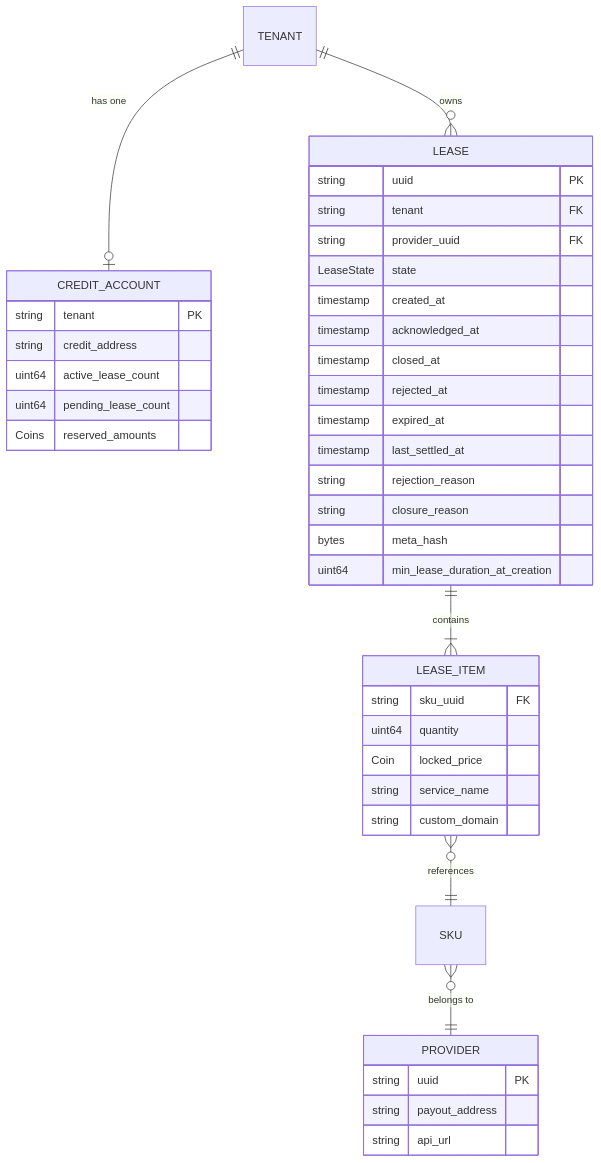
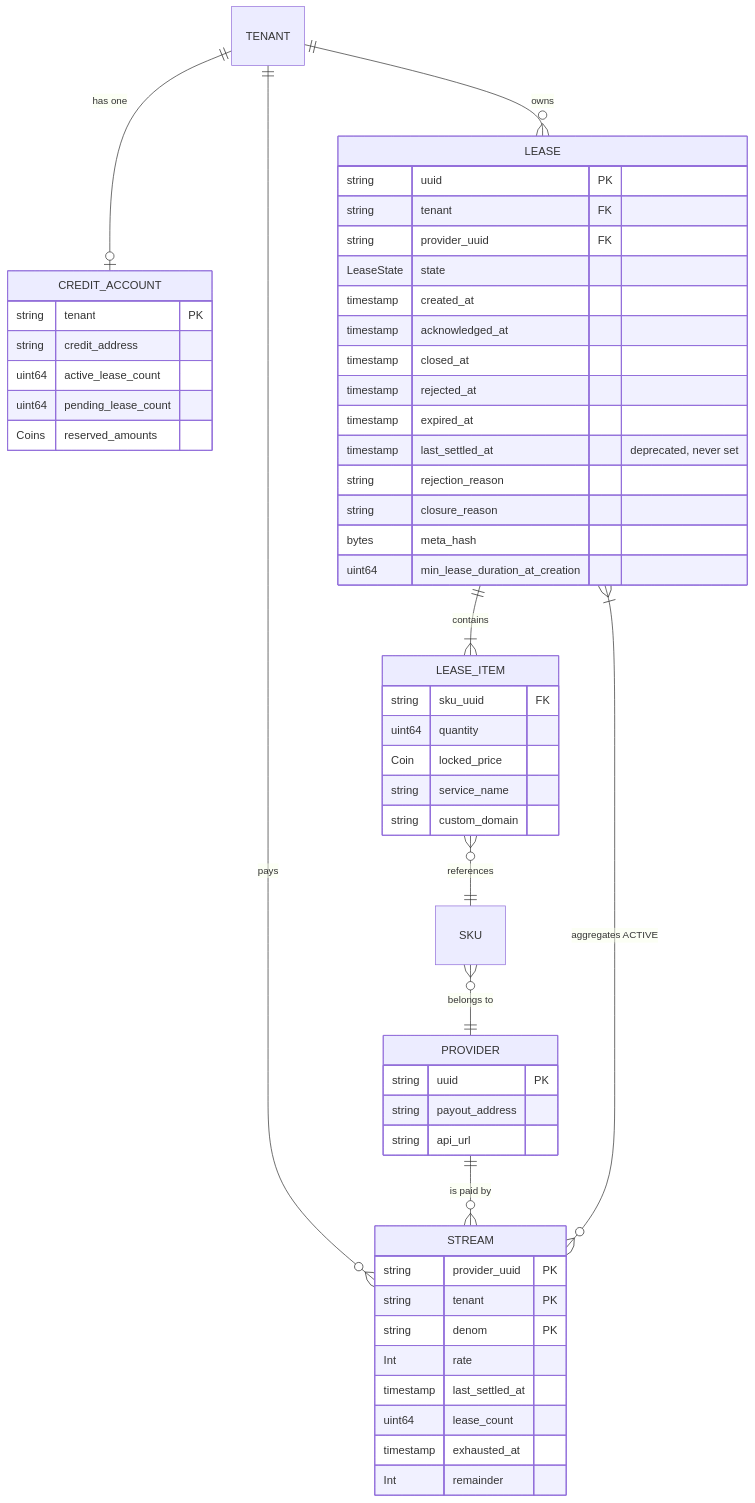
One commit to manifest-network/manifest-ledger changed the second of 13 diagrams in x/billing/docs/ARCHITECTURE.md. Above: the diagram before and after it, drawn with Mermaid. The commit also changed other lines of this file and 73 other files, not shown here.

````diff
--- a/x/billing/docs/ARCHITECTURE.md
+++ b/x/billing/docs/ARCHITECTURE.md
@@ -39,47 +40,61 @@
 ```mermaid
 erDiagram
     TENANT ||--o| CREDIT_ACCOUNT : "has one"
     TENANT ||--o{ LEASE : "owns"
     LEASE ||--|{ LEASE_ITEM : "contains"
     LEASE_ITEM }o--|| SKU : "references"
     SKU }o--|| PROVIDER : "belongs to"
+    TENANT ||--o{ STREAM : "pays"
+    PROVIDER ||--o{ STREAM : "is paid by"
+    STREAM }o--|{ LEASE : "aggregates ACTIVE"
     
     CREDIT_ACCOUNT {
         string tenant PK
         string credit_address
         uint64 active_lease_count
         uint64 pending_lease_count
         Coins reserved_amounts
     }
     
     LEASE {
         string uuid PK
         string tenant FK
         string provider_uuid FK
         LeaseState state
         timestamp created_at
         timestamp acknowledged_at
         timestamp closed_at
         timestamp rejected_at
         timestamp expired_at
-        timestamp last_settled_at
+        timestamp last_settled_at "deprecated, never set"
         string rejection_reason
         string closure_reason
         bytes meta_hash
         uint64 min_lease_duration_at_creation
+    }
+    
+    STREAM {
+        string provider_uuid PK
+        string tenant PK
+        string denom PK
+        Int rate
+        timestamp last_settled_at
+        uint64 lease_count
+        timestamp exhausted_at
+        Int remainder
     }
     
     LEASE_ITEM {
         string sku_uuid FK
         uint64 quantity
         Coin locked_price
         string service_name
         string custom_domain
     }
     
     PROVIDER {
         string uuid PK
         string payout_address
         string api_url
     }
 ```
````
